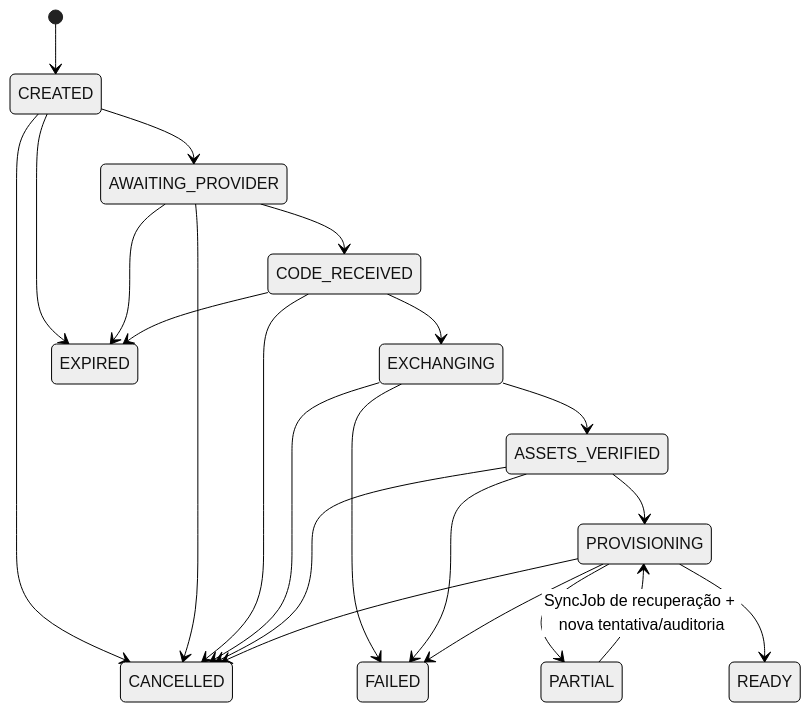
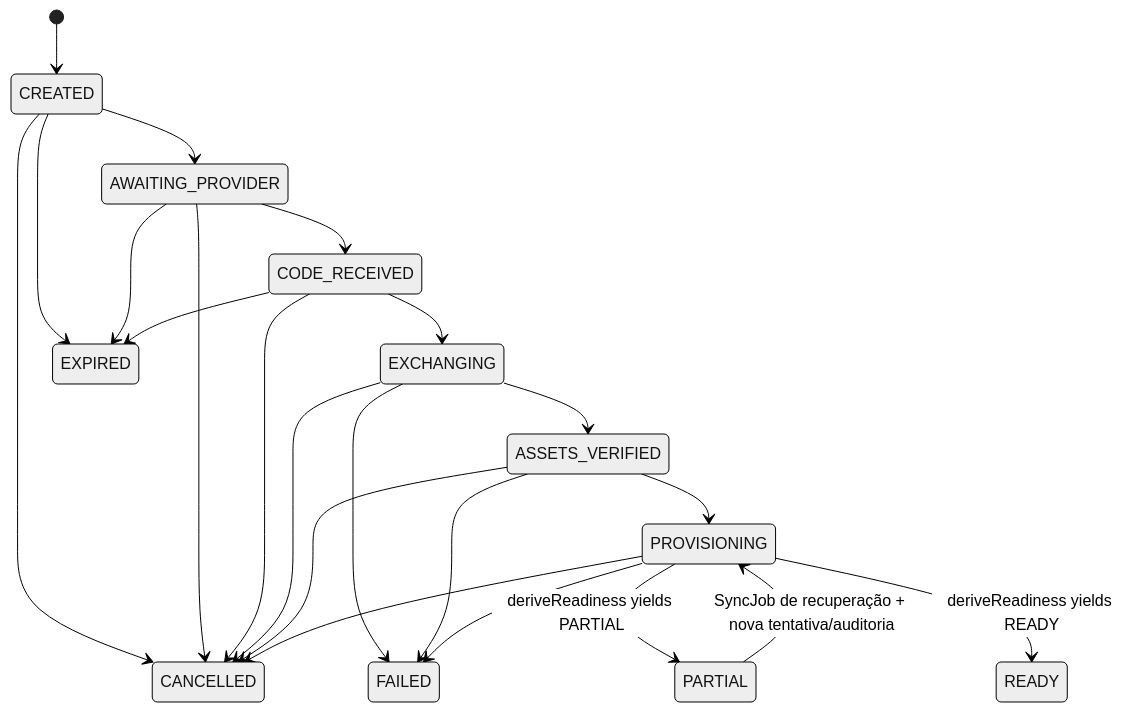
Before and after one commit to costaapps/ca_meta_app: the diagram in docs/meta-v2/m1-05-state-machines.md, drawn with Mermaid (neutral theme). The commit also changed other lines of this file and 7 other files, not shown here.

````diff
--- a/docs/meta-v2/m1-05-state-machines.md
+++ b/docs/meta-v2/m1-05-state-machines.md
@@ -23,24 +23,24 @@
 ```mermaid
 stateDiagram-v2
     [*] --> CREATED
     CREATED --> AWAITING_PROVIDER
     AWAITING_PROVIDER --> CODE_RECEIVED
     CODE_RECEIVED --> EXCHANGING
     EXCHANGING --> ASSETS_VERIFIED
     ASSETS_VERIFIED --> PROVISIONING
-    PROVISIONING --> READY
-    PROVISIONING --> PARTIAL
+    PROVISIONING --> READY: deriveReadiness yields READY
+    PROVISIONING --> PARTIAL: deriveReadiness yields PARTIAL
     PARTIAL --> PROVISIONING: SyncJob de recuperação + nova tentativa/auditoria
     CREATED --> CANCELLED
     AWAITING_PROVIDER --> CANCELLED
     CODE_RECEIVED --> CANCELLED
     EXCHANGING --> CANCELLED
     ASSETS_VERIFIED --> CANCELLED
     PROVISIONING --> CANCELLED
     CREATED --> EXPIRED
     AWAITING_PROVIDER --> EXPIRED
     CODE_RECEIVED --> EXPIRED
     EXCHANGING --> FAILED
     ASSETS_VERIFIED --> FAILED
     PROVISIONING --> FAILED
 ```
````
